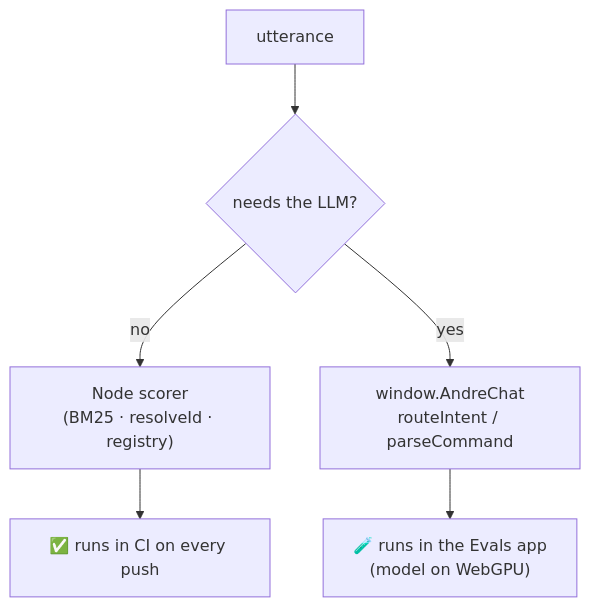
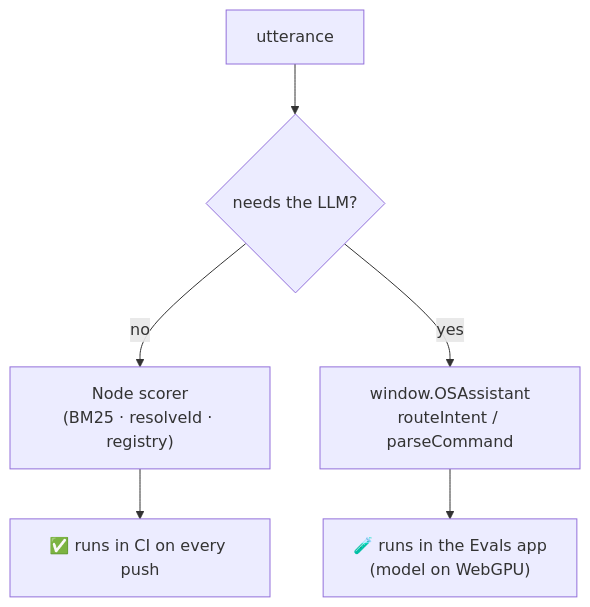
Before and after one commit to andreped/AndreOS: the third of 5 diagrams in docs/architecture/assistant-evals-architecture.md, drawn with Mermaid. The commit also changed other lines of this file and 13 other files, not shown here.

````diff
--- a/docs/architecture/assistant-evals-architecture.md
+++ b/docs/architecture/assistant-evals-architecture.md
@@ -139,8 +139,8 @@
 ```mermaid
 flowchart TB
     IN["utterance"] --> Q{"needs the LLM?"}
     Q -->|no| DET["Node scorer<br/>(BM25 · resolveId · registry)"]
-    Q -->|yes| LLM["window.AndreChat<br/>routeIntent / parseCommand"]
+    Q -->|yes| LLM["window.OSAssistant<br/>routeIntent / parseCommand"]
     DET --> OK["✅ runs in CI on every push"]
     LLM --> BR["🧪 runs in the Evals app<br/>(model on WebGPU)"]
 ```
````
